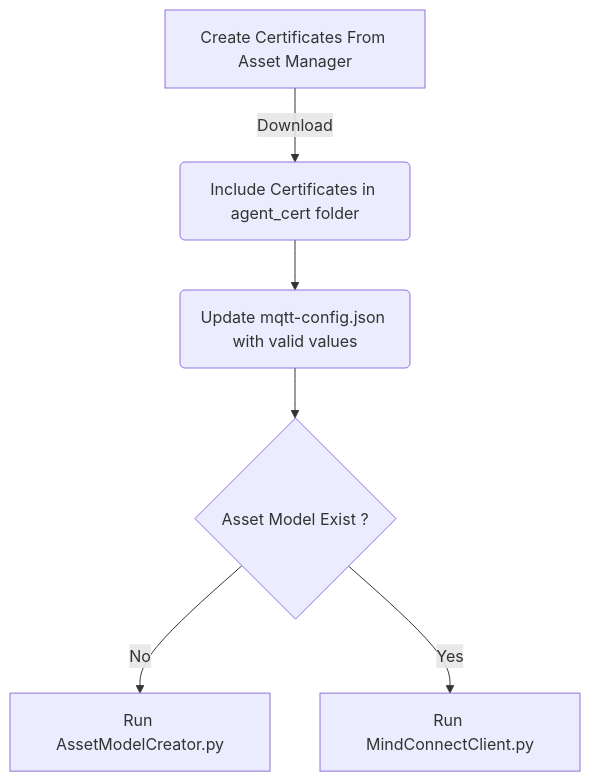
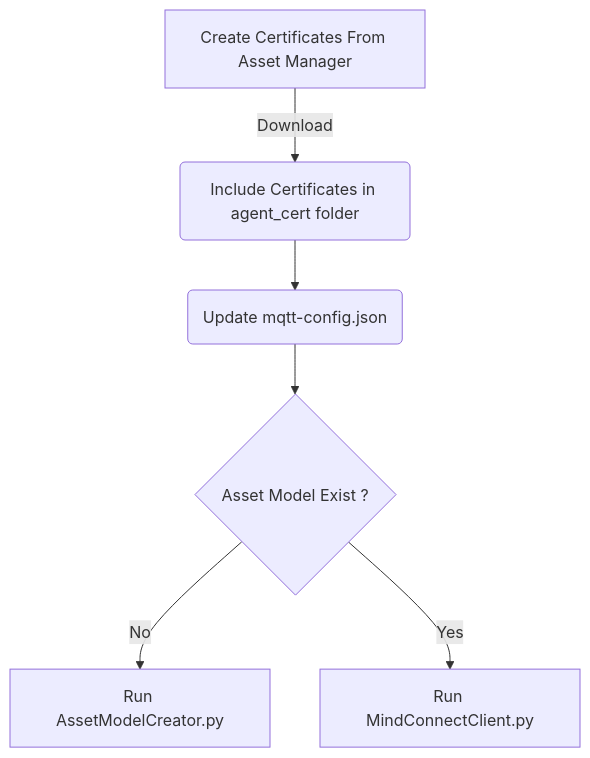
Before and after one commit to mindsphere/mindconnect-mqtt: the diagram in README.md, drawn with Mermaid. The commit also changed other lines of this file and 5 other files, not shown here.

````diff
--- a/README.md
+++ b/README.md
@@ -16,9 +16,9 @@
 ```mermaid
 flowchart TD
     A[Create Certificates From Asset Manager] -->|Download| B(Include Certificates in agent_cert folder)
-    B --> C(Update mqtt-config.json with valid values)
+    B --> C(Update mqtt-config.json)
     C--> D{Asset Model Exist ?}
     D -->|No| E[Run AssetModelCreator.py]
     D -->|Yes| F[Run MindConnectClient.py]
     
 ```
````
